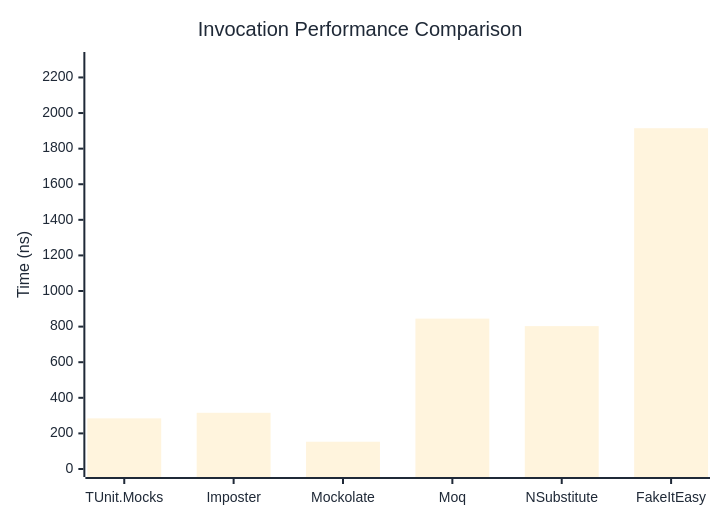
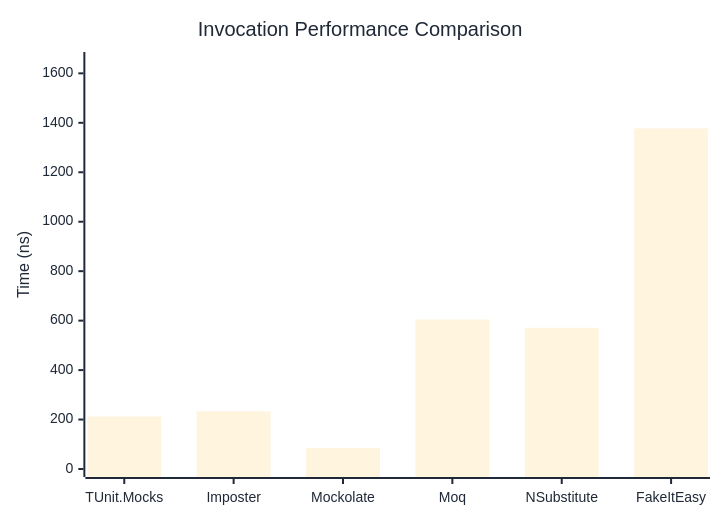
The first of 3 diagrams in docs/docs/benchmarks/mocks/Invocation.md (thomhurst/TUnit), drawn with Mermaid before and after one commit. The commit also changed other lines of this file and 14 other files, not shown here.

````diff
--- a/docs/docs/benchmarks/mocks/Invocation.md
+++ b/docs/docs/benchmarks/mocks/Invocation.md
@@ -30,27 +30,27 @@
 ```mermaid
 %%{init: {
   'theme':'base',
   'themeVariables': {
     'primaryColor': '#2563eb',
     'primaryTextColor': '#1f2937',
     'primaryBorderColor': '#1e40af',
     'lineColor': '#6b7280',
     'secondaryColor': '#7c3aed',
     'tertiaryColor': '#dc2626',
     'background': '#ffffff',
     'pie1': '#2563eb',
     'pie2': '#7c3aed',
     'pie3': '#dc2626',
     'pie4': '#f59e0b',
     'pie5': '#10b981',
     'pie6': '#06b6d4',
     'pie7': '#ec4899',
     'pie8': '#6366f1'
   }
 }}%%
 xychart-beta
   title "Invocation Performance Comparison"
   x-axis ["TUnit.Mocks", "Imposter", "Mockolate", "Moq", "NSubstitute", "FakeItEasy"]
-  y-axis "Time (ns)" 0 --> 2298
-  bar [284.6, 315.8, 153.2, 844.9, 802.8, 1914.7]
+  y-axis "Time (ns)" 0 --> 1654
+  bar [212.46, 232.93, 85.08, 604.4, 571.19, 1377.65]
 ```
````
